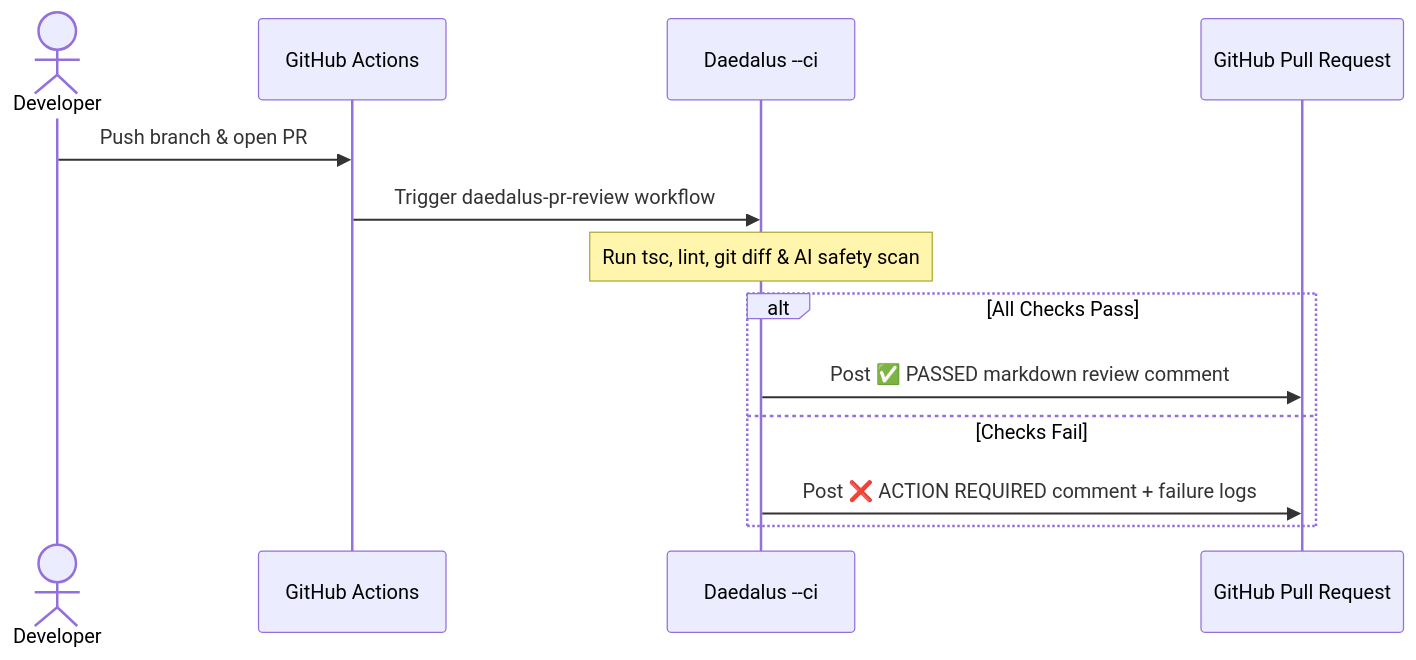
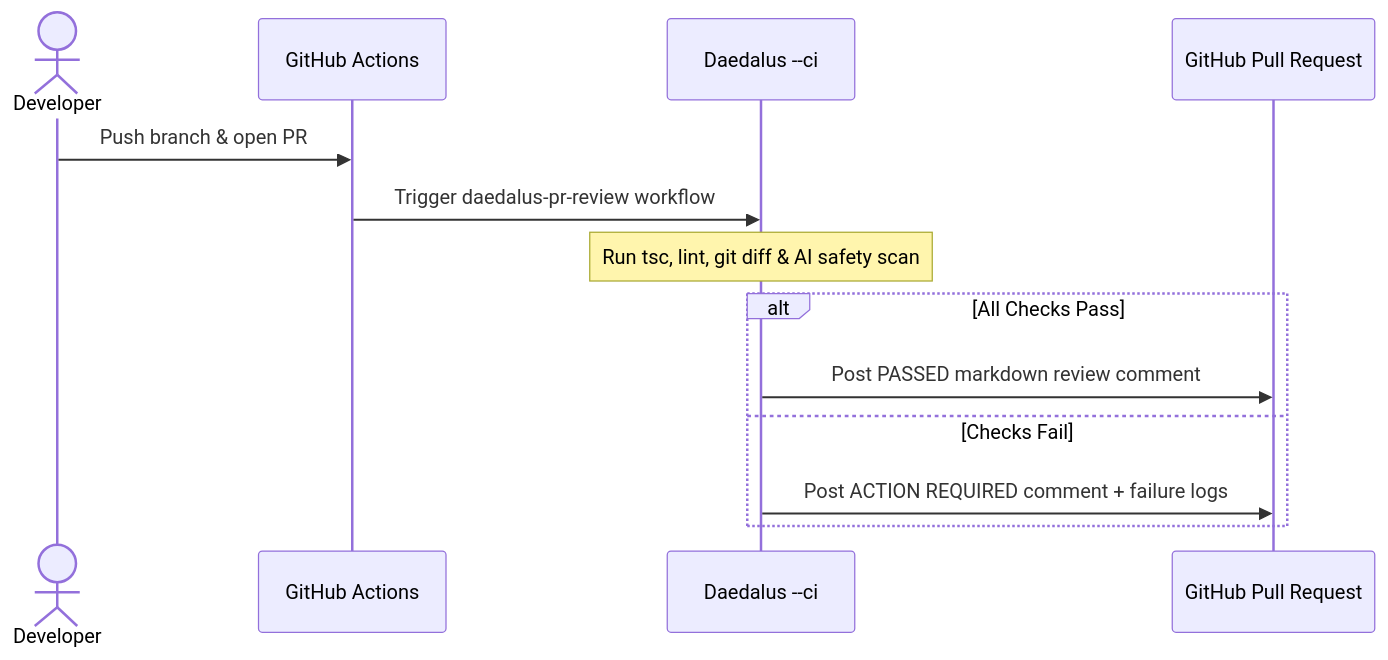
The diagram in docs/ci-pr-reviewer.md (bgill55/daedalus), drawn with Mermaid before and after one commit. The commit also changed other lines of this file and 17 other files, not shown here.

````diff
--- a/docs/ci-pr-reviewer.md
+++ b/docs/ci-pr-reviewer.md
@@ -13,16 +13,16 @@
 ```mermaid
 sequenceDiagram
     actor Developer
     participant GH as GitHub Actions
     participant Daedalus as Daedalus --ci
     participant PR as GitHub Pull Request
 
     Developer->>GH: Push branch & open PR
     GH->>Daedalus: Trigger daedalus-pr-review workflow
     Note over Daedalus: Run tsc, lint, git diff & AI safety scan
     alt All Checks Pass
-        Daedalus->>PR: Post ✅ PASSED markdown review comment
+        Daedalus->>PR: Post  PASSED markdown review comment
     else Checks Fail
-        Daedalus->>PR: Post ❌ ACTION REQUIRED comment + failure logs
+        Daedalus->>PR: Post  ACTION REQUIRED comment + failure logs
     end
 ```
````
